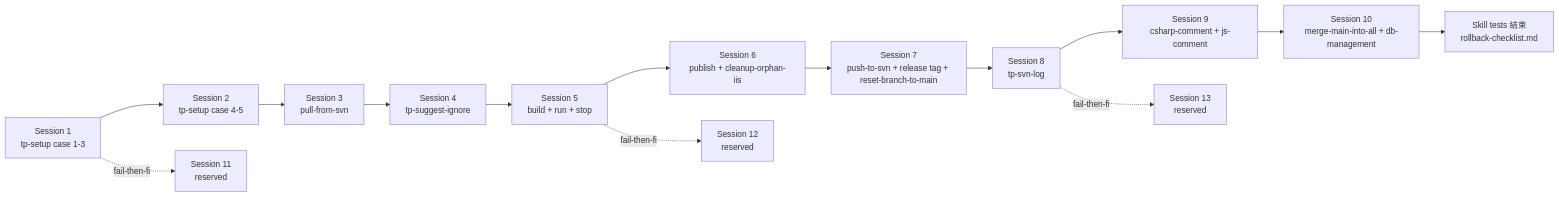
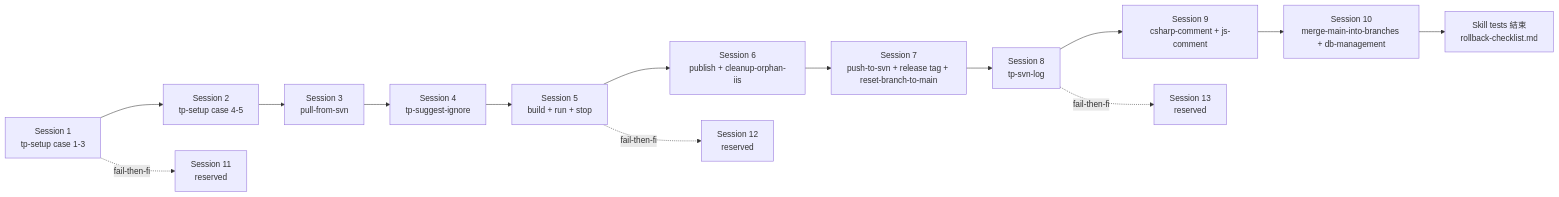
The diagram in plugins/turbo-plugin/tests/docs/skill-tests-session-plan.md (Bryant-Tang/turbo-plugins-claude), drawn with Mermaid before and after one commit. The commit also changed other lines of this file and 7 other files, not shown here.

First line of the commit message:
refactor(turbo-plugin): U11 — tp-merge-main-into-all → tp-merge-main-into-branches 泛化

````diff
--- a/plugins/turbo-plugin/tests/docs/skill-tests-session-plan.md
+++ b/plugins/turbo-plugin/tests/docs/skill-tests-session-plan.md
@@ -152,16 +152,16 @@
 ```mermaid
 flowchart LR
   S1[Session 1<br>tp-setup case 1-3] --> S2[Session 2<br>tp-setup case 4-5]
   S2 --> S3[Session 3<br>pull-from-svn]
   S3 --> S4[Session 4<br>tp-suggest-ignore]
   S4 --> S5[Session 5<br>build + run + stop]
   S5 --> S6[Session 6<br>publish + cleanup-orphan-iis]
   S6 --> S7[Session 7<br>push-to-svn + release tag + reset-branch-to-main]
   S7 --> S8[Session 8<br>tp-svn-log]
   S8 --> S9[Session 9<br>csharp-comment + js-comment]
-  S9 --> S10b[Session 10<br>merge-main-into-all + db-management]
+  S9 --> S10b[Session 10<br>merge-main-into-branches + db-management]
   S10b --> RB["Skill tests 結束<br>rollback-checklist.md"]
   S1 -.fail-then-fix.-> S11[Session 11<br>reserved]
   S5 -.fail-then-fix.-> S12[Session 12<br>reserved]
   S8 -.fail-then-fix.-> S13[Session 13<br>reserved]
 ```
````
